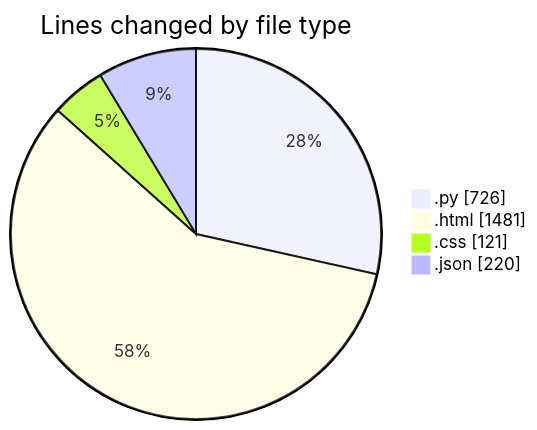
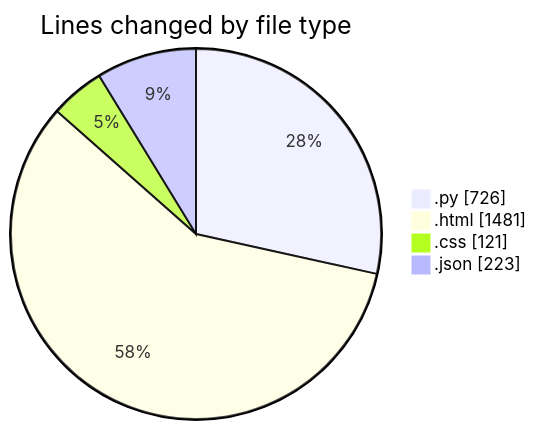
Before and after one commit to Elitesun/code-tracking: the first of 2 diagrams in 2025-01-31/flask/README.md, drawn with Mermaid. The commit also changed other lines of this file and 1 other file, not shown here.

````diff
--- a/2025-01-31/flask/README.md
+++ b/2025-01-31/flask/README.md
@@ -27,8 +27,8 @@
 ```mermaid
 pie showData
 title Lines changed by file type
 ".py" : 726
 ".html" : 1481
 ".css" : 121
-".json" : 220
+".json" : 223
 ```
````
